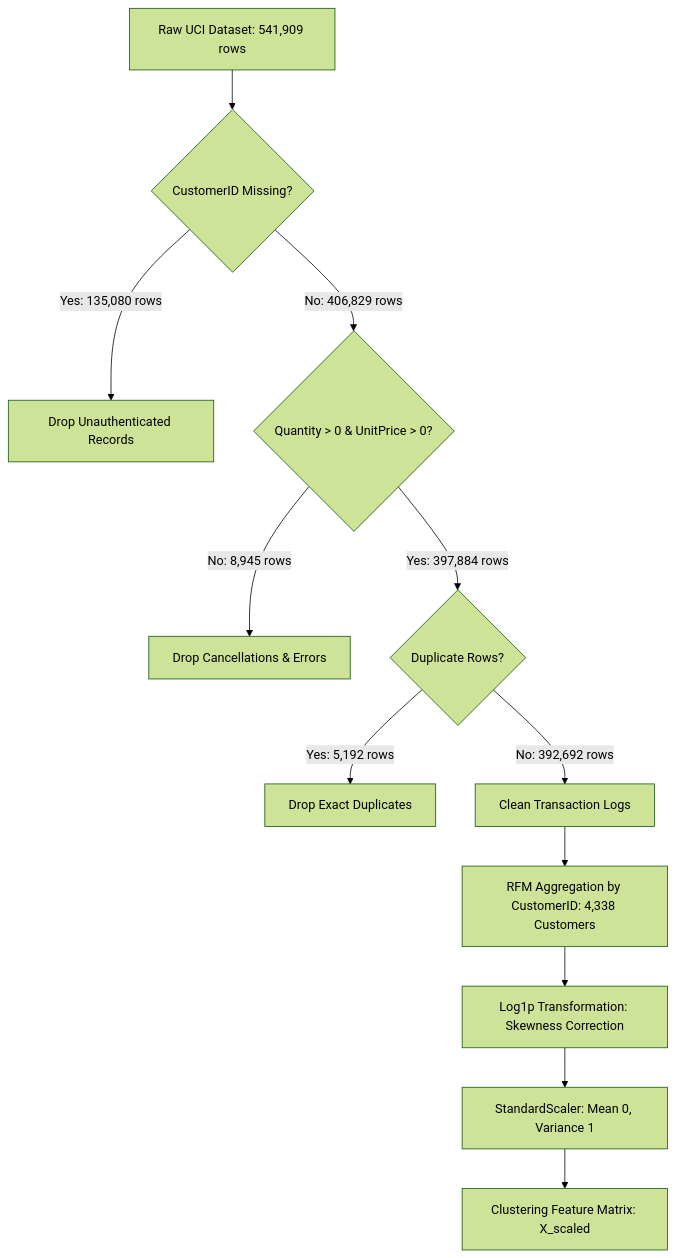
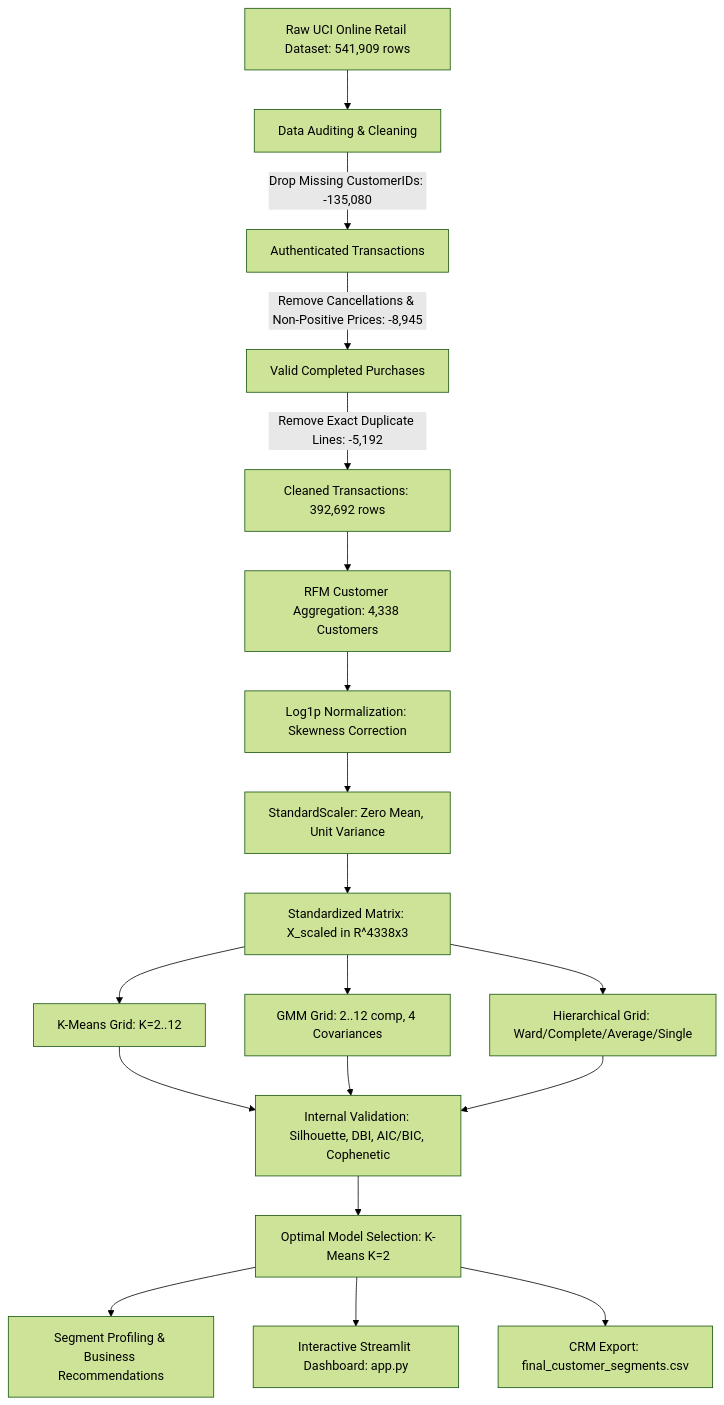
Before and after one commit to thienhn05/customer-segmentation: the first of 2 diagrams in submission/FINAL_REPORT.md, drawn with Mermaid (forest theme). The commit also changed other lines of this file and 10 other files, not shown here.

````diff
--- a/submission/FINAL_REPORT.md
+++ b/submission/FINAL_REPORT.md
@@ -51,14 +111,19 @@
 ```mermaid
 flowchart TD
-    A[Raw UCI Dataset: 541,909 rows] --> B{CustomerID Missing?}
-    B -- Yes: 135,080 rows --> C[Drop Unauthenticated Records]
-    B -- No: 406,829 rows --> D{Quantity > 0 & UnitPrice > 0?}
-    D -- No: 8,945 rows --> E[Drop Cancellations & Errors]
-    D -- Yes: 397,884 rows --> F{Duplicate Rows?}
-    F -- Yes: 5,192 rows --> G[Drop Exact Duplicates]
-    F -- No: 392,692 rows --> H[Clean Transaction Logs]
-    H --> I[RFM Aggregation by CustomerID: 4,338 Customers]
-    I --> J[Log1p Transformation: Skewness Correction]
-    J --> K[StandardScaler: Mean 0, Variance 1]
-    K --> L[Clustering Feature Matrix: X_scaled]
+    A[Raw UCI Online Retail Dataset: 541,909 rows] --> B[Data Auditing & Cleaning]
+    B -->|Drop Missing CustomerIDs: -135,080| C[Authenticated Transactions]
+    C -->|Remove Cancellations & Non-Positive Prices: -8,945| D[Valid Completed Purchases]
+    D -->|Remove Exact Duplicate Lines: -5,192| E[Cleaned Transactions: 392,692 rows]
+    E --> F[RFM Customer Aggregation: 4,338 Customers]
+    F --> G[Log1p Normalization: Skewness Correction]
+    G --> H[StandardScaler: Zero Mean, Unit Variance]
+    H --> I[Standardized Matrix: X_scaled in R^4338x3]
+    I --> J[K-Means Grid: K=2..12]
+    I --> K[GMM Grid: 2..12 comp, 4 Covariances]
+    I --> L[Hierarchical Grid: Ward/Complete/Average/Single]
+    J & K & L --> M[Internal Validation: Silhouette, DBI, AIC/BIC, Cophenetic]
+    M --> N[Optimal Model Selection: K-Means K=2]
+    N --> O[Segment Profiling & Business Recommendations]
+    N --> P[Interactive Streamlit Dashboard: app.py]
+    N --> Q[CRM Export: final_customer_segments.csv]
 ```
````
